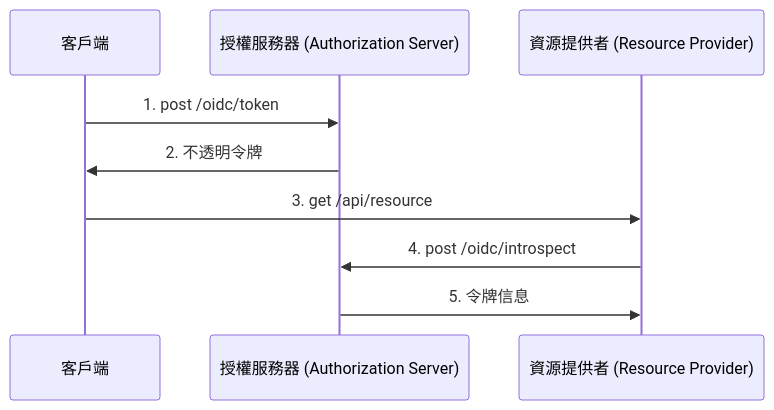
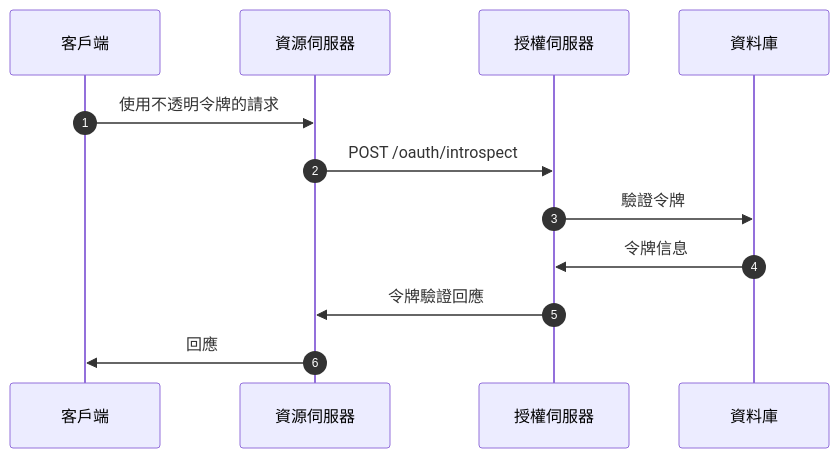
One commit to logto-io/auth-wiki changed the third of 5 diagrams in src/content/terms/zh-Hant/opaque-token.mdx. Above: the diagram before and after it, drawn with Mermaid. The commit also changed other lines of this file and 95 other files, not shown here.

````diff
--- a/src/content/terms/zh-Hant/opaque-token.mdx
+++ b/src/content/terms/zh-Hant/opaque-token.mdx
@@ -49,13 +80,15 @@
 ```mermaid
 sequenceDiagram
     participant C as 客戶端
-    participant AS as 授權服務器 (Authorization Server)
-    participant RP as 資源提供者 (Resource Provider)
+    participant RS as 資源伺服器
+    participant AS as 授權伺服器
+    participant D as 資料庫
+    autonumber
 
-    C ->> AS: 1. post /oidc/token
-    AS ->> C: 2. 不透明令牌
-    C ->> RP: 3. get /api/resource
-    RP ->> AS: 4. post /oidc/introspect
-    AS ->> RP: 5. 令牌信息
-
+    C->>RS: 使用不透明令牌的請求
+    RS->>AS: POST /oauth/introspect
+    AS->>D: 驗證令牌
+    D->>AS: 令牌信息
+    AS->>RS: 令牌驗證回應
+    RS->>C: 回應
 ```
````
